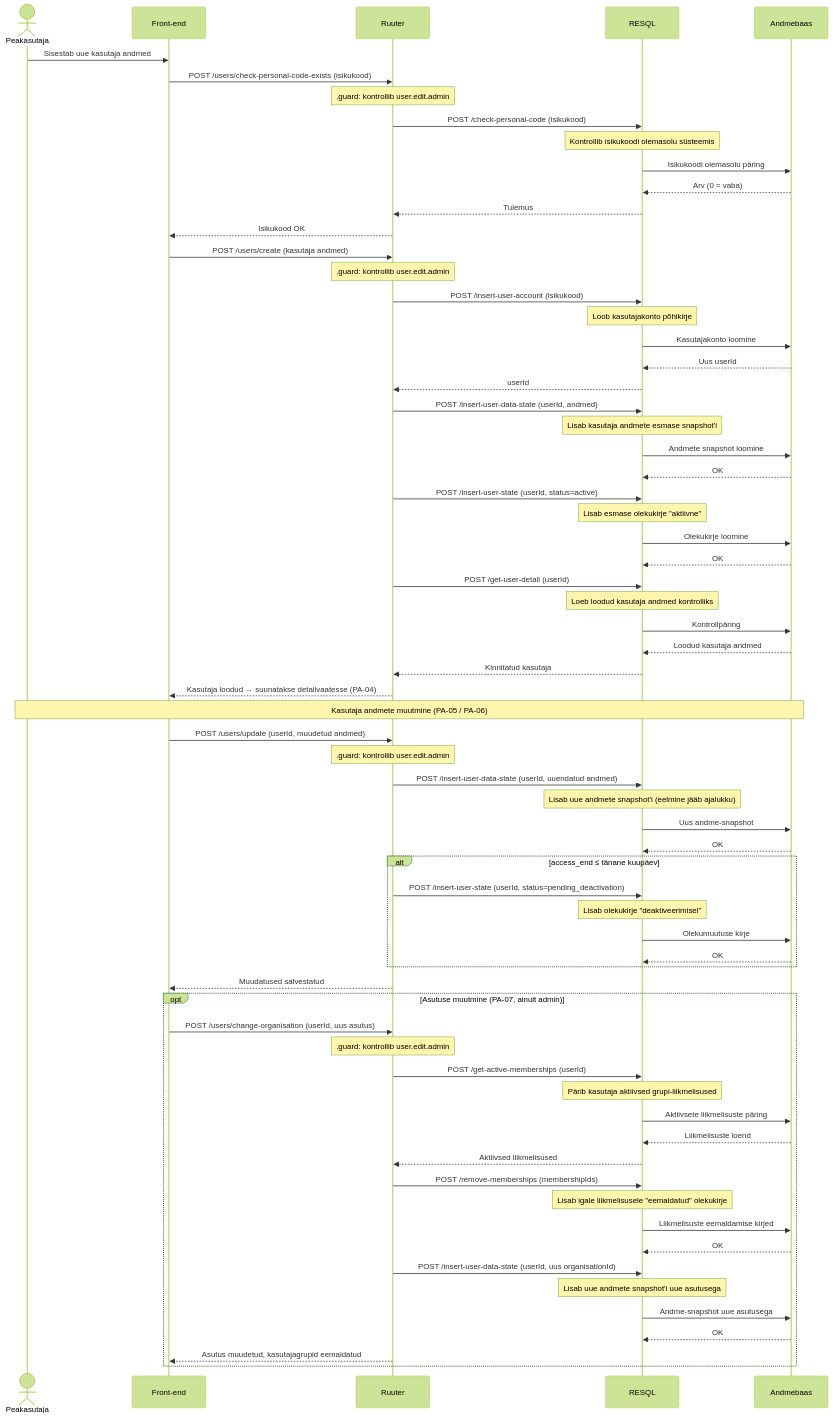
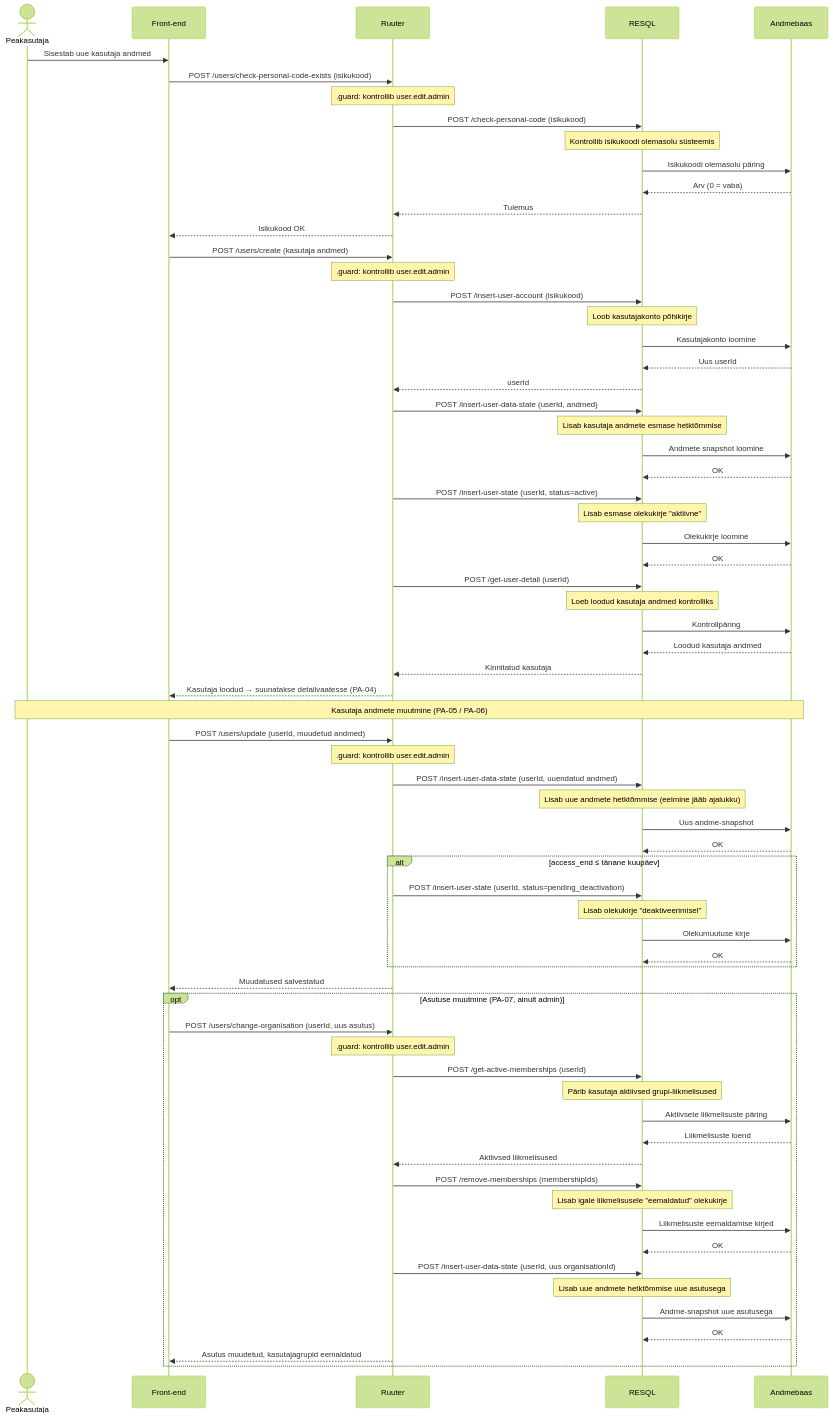
The second of 17 diagrams in docs/workingdocs/use-cases-ljvis.md (kemit-ee/ljvis-2), drawn with Mermaid (forest theme) before and after one commit. The commit also changed other lines of this file and 30 other files, not shown here.

````diff
--- a/docs/workingdocs/use-cases-ljvis.md
+++ b/docs/workingdocs/use-cases-ljvis.md
@@ -169,80 +169,80 @@
 ```mermaid
 sequenceDiagram
     actor Admin as Peakasutaja
     participant FE as Front-end
     participant Ruuter as Ruuter
     participant RESQL as RESQL
     participant DB as Andmebaas
 
     Admin->>FE: Sisestab uue kasutaja andmed
     FE->>Ruuter: POST /users/check-personal-code-exists (isikukood)
     Note over Ruuter: .guard: kontrollib user.edit.admin
     Ruuter->>RESQL: POST /check-personal-code (isikukood)
     Note over RESQL: Kontrollib isikukoodi olemasolu süsteemis
     RESQL->>DB: Isikukoodi olemasolu päring
     DB-->>RESQL: Arv (0 = vaba)
     RESQL-->>Ruuter: Tulemus
     Ruuter-->>FE: Isikukood OK
 
     FE->>Ruuter: POST /users/create (kasutaja andmed)
     Note over Ruuter: .guard: kontrollib user.edit.admin
     Ruuter->>RESQL: POST /insert-user-account (isikukood)
     Note over RESQL: Loob kasutajakonto põhikirje
     RESQL->>DB: Kasutajakonto loomine
     DB-->>RESQL: Uus userId
     RESQL-->>Ruuter: userId
 
     Ruuter->>RESQL: POST /insert-user-data-state (userId, andmed)
-    Note over RESQL: Lisab kasutaja andmete esmase snapshot'i
+    Note over RESQL: Lisab kasutaja andmete esmase hetktõmmise
     RESQL->>DB: Andmete snapshot loomine
     DB-->>RESQL: OK
 
     Ruuter->>RESQL: POST /insert-user-state (userId, status=active)
     Note over RESQL: Lisab esmase olekukirje "aktiivne"
     RESQL->>DB: Olekukirje loomine
     DB-->>RESQL: OK
 
     Ruuter->>RESQL: POST /get-user-detail (userId)
     Note over RESQL: Loeb loodud kasutaja andmed kontrolliks
     RESQL->>DB: Kontrollpäring
     DB-->>RESQL: Loodud kasutaja andmed
     RESQL-->>Ruuter: Kinnitatud kasutaja
     Ruuter-->>FE: Kasutaja loodud → suunatakse detailvaatesse (PA-04)
 
     Note over Admin,DB: Kasutaja andmete muutmine (PA-05 / PA-06)
 
     FE->>Ruuter: POST /users/update (userId, muudetud andmed)
     Note over Ruuter: .guard: kontrollib user.edit.admin
     Ruuter->>RESQL: POST /insert-user-data-state (userId, uuendatud andmed)
-    Note over RESQL: Lisab uue andmete snapshot'i (eelmine jääb ajalukku)
+    Note over RESQL: Lisab uue andmete hetktõmmise (eelmine jääb ajalukku)
     RESQL->>DB: Uus andme-snapshot
     DB-->>RESQL: OK
     alt access_end ≤ tänane kuupäev
         Ruuter->>RESQL: POST /insert-user-state (userId, status=pending_deactivation)
         Note over RESQL: Lisab olekukirje "deaktiveerimisel"
         RESQL->>DB: Olekumuutuse kirje
         DB-->>RESQL: OK
     end
     Ruuter-->>FE: Muudatused salvestatud
 
     opt Asutuse muutmine (PA-07, ainult admin)
         FE->>Ruuter: POST /users/change-organisation (userId, uus asutus)
         Note over Ruuter: .guard: kontrollib user.edit.admin
         Ruuter->>RESQL: POST /get-active-memberships (userId)
         Note over RESQL: Pärib kasutaja aktiivsed grupi-liikmelisused
         RESQL->>DB: Aktiivsete liikmelisuste päring
         DB-->>RESQL: Liikmelisuste loend
         RESQL-->>Ruuter: Aktiivsed liikmelisused
 
         Ruuter->>RESQL: POST /remove-memberships (membershipIds)
         Note over RESQL: Lisab igale liikmelisusele "eemaldatud" olekukirje
         RESQL->>DB: Liikmelisuste eemaldamise kirjed
         DB-->>RESQL: OK
 
         Ruuter->>RESQL: POST /insert-user-data-state (userId, uus organisationId)
-        Note over RESQL: Lisab uue andmete snapshot'i uue asutusega
+        Note over RESQL: Lisab uue andmete hetktõmmise uue asutusega
         RESQL->>DB: Andme-snapshot uue asutusega
         DB-->>RESQL: OK
         Ruuter-->>FE: Asutus muudetud, kasutajagrupid eemaldatud
     end
 ```
````
